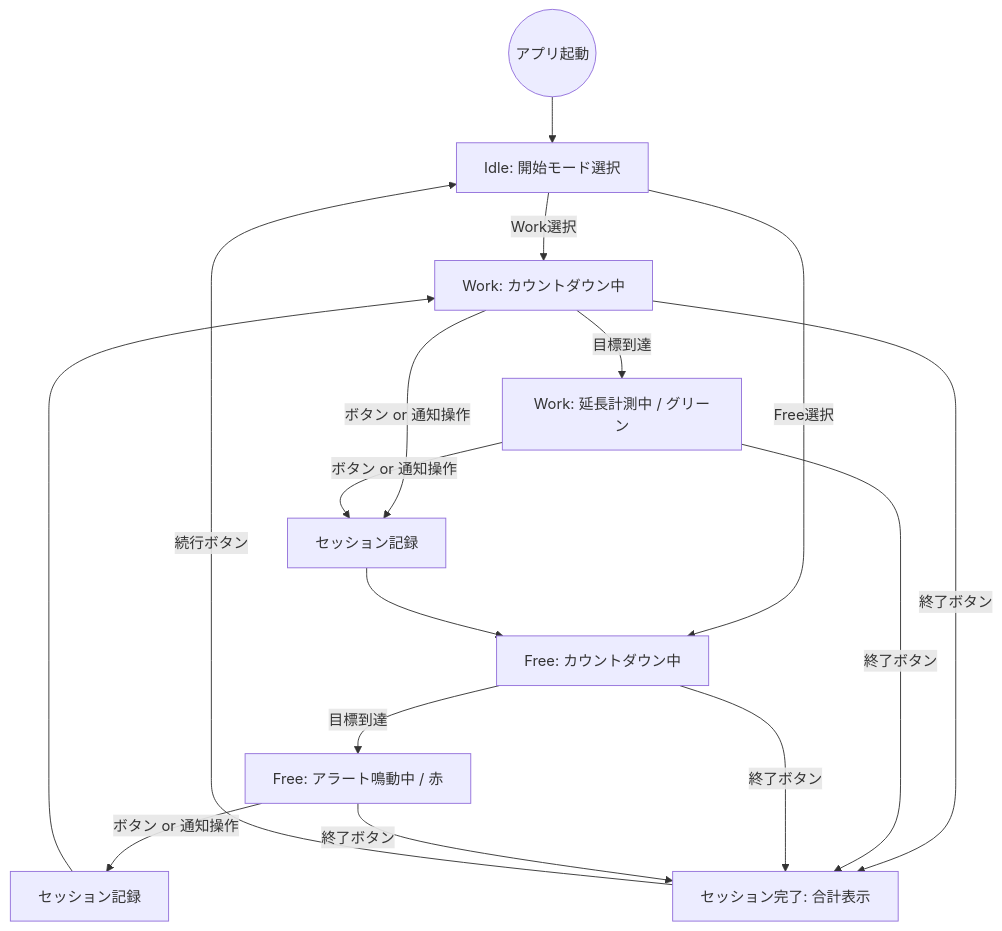
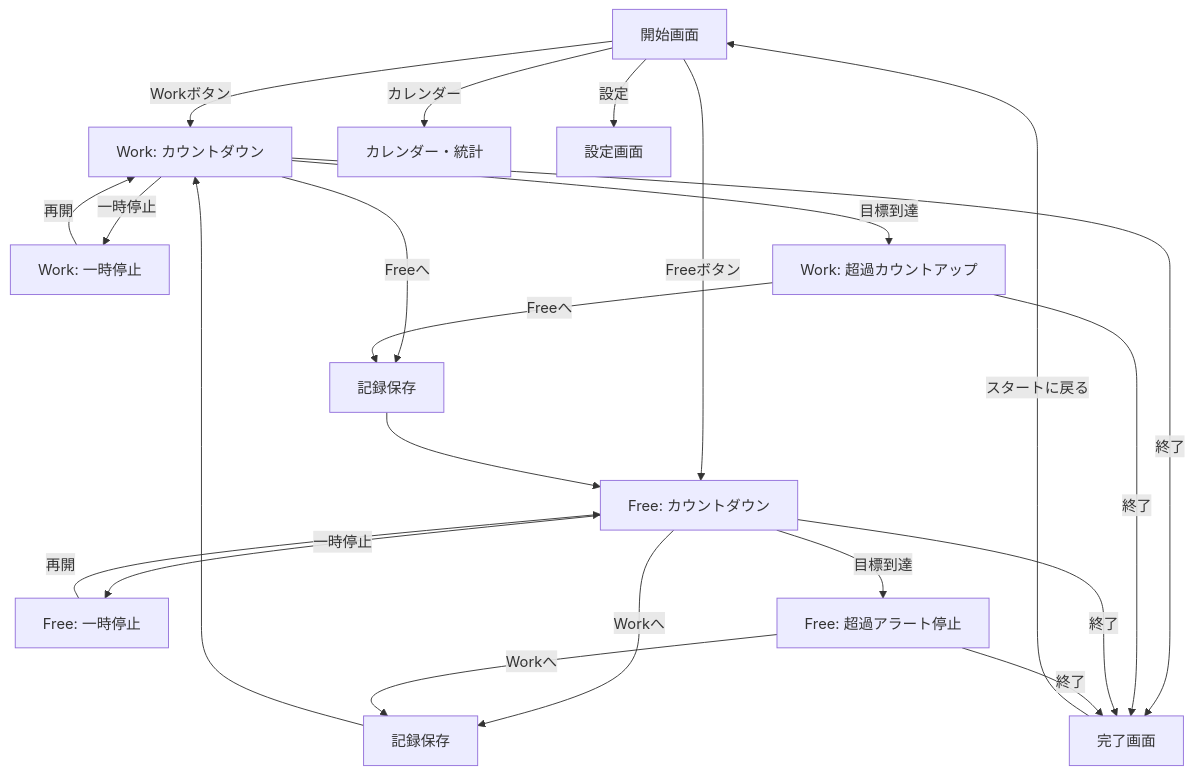
Before and after one commit to bramble-brux/fe_modoki: the diagram in TRANSITIONS.md, drawn with Mermaid. The commit also changed other lines of this file and 3 other files, not shown here.

````diff
--- a/TRANSITIONS.md
+++ b/TRANSITIONS.md
@@ -5,23 +5,30 @@
 ```mermaid
 graph TD
-    Start((アプリ起動)) --> Idle[Idle: 開始モード選択]
-    Idle -->|Work選択| WorkRun[Work: カウントダウン中]
-    Idle -->|Free選択| FreeRun[Free: カウントダウン中]
+    StartView[開始画面] -->|Workボタン| WorkTimer[Work: カウントダウン]
+    StartView -->|Freeボタン| FreeTimer[Free: カウントダウン]
+    StartView -->|カレンダー| CalendarView[カレンダー・統計]
+    StartView -->|設定| SettingsView[設定画面]
 
-    WorkRun -->|ボタン or 通知操作| Record1[セッション記録]
-    Record1 --> FreeRun
+    WorkTimer -->|一時停止| WorkPaused[Work: 一時停止]
+    WorkPaused -->|再開| WorkTimer
+    
+    WorkTimer -->|目標到達| WorkOver[Work: 超過カウントアップ]
+    WorkTimer -->|Freeへ| RecordW[記録保存]
+    WorkOver -->|Freeへ| RecordW
+    RecordW --> FreeTimer
 
-    WorkRun -->|目標到達| WorkOver[Work: 延長計測中 / グリーン]
-    WorkOver -->|ボタン or 通知操作| Record1
+    FreeTimer -->|一時停止| FreePaused[Free: 一時停止]
+    FreePaused -->|再開| FreeTimer
 
-    FreeRun -->|目標到達| FreeAlert[Free: アラート鳴動中 / 赤]
-    FreeAlert -->|ボタン or 通知操作| Record2[セッション記録]
-    Record2 --> WorkRun
+    FreeTimer -->|目標到達| FreeAlert[Free: 超過アラート停止]
+    FreeTimer -->|Workへ| RecordF[記録保存]
+    FreeAlert -->|Workへ| RecordF
+    RecordF --> WorkTimer
 
-    WorkRun -->|終了ボタン| Finish[セッション完了: 合計表示]
-    WorkOver -->|終了ボタン| Finish
-    FreeRun -->|終了ボタン| Finish
-    FreeAlert -->|終了ボタン| Finish
-    
-    Finish -->|続行ボタン| Idle
+    WorkTimer -->|終了| ResultView[完了画面]
+    WorkOver -->|終了| ResultView
+    FreeTimer -->|終了| ResultView
+    FreeAlert -->|終了| ResultView
+
+    ResultView -->|スタートに戻る| StartView
 ```
````
